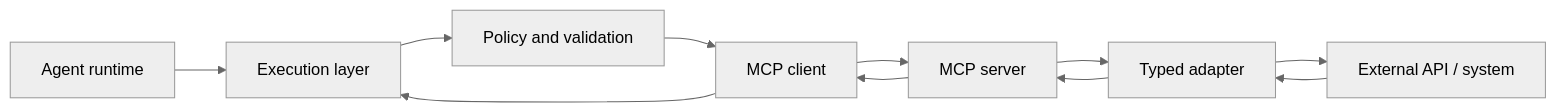
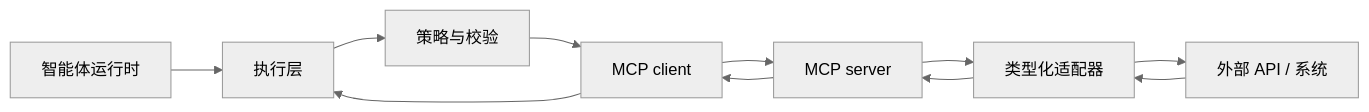
Before and after one commit to agent-axiom/agent-arch: the diagram in docs/book/part-iv/chapter-9.zh.md, drawn with Mermaid (neutral theme). The commit also changed other lines of this file, not shown here.

````diff
--- a/docs/book/part-iv/chapter-9.zh.md
+++ b/docs/book/part-iv/chapter-9.zh.md
@@ -111,13 +111,13 @@
 ``` mermaid
 flowchart LR
-    A["Agent runtime"] --> B["Execution layer"]
-    B --> C["Policy and validation"]
+    A["智能体运行时"] --> B["执行层"]
+    B --> C["策略与校验"]
     C --> D["MCP client"]
     D --> E["MCP server"]
-    E --> F["Typed adapter"]
-    F --> G["External API / system"]
+    E --> F["类型化适配器"]
+    F --> G["外部 API / 系统"]
     G --> F
     F --> E
     E --> D
     D --> B
 ```
````
